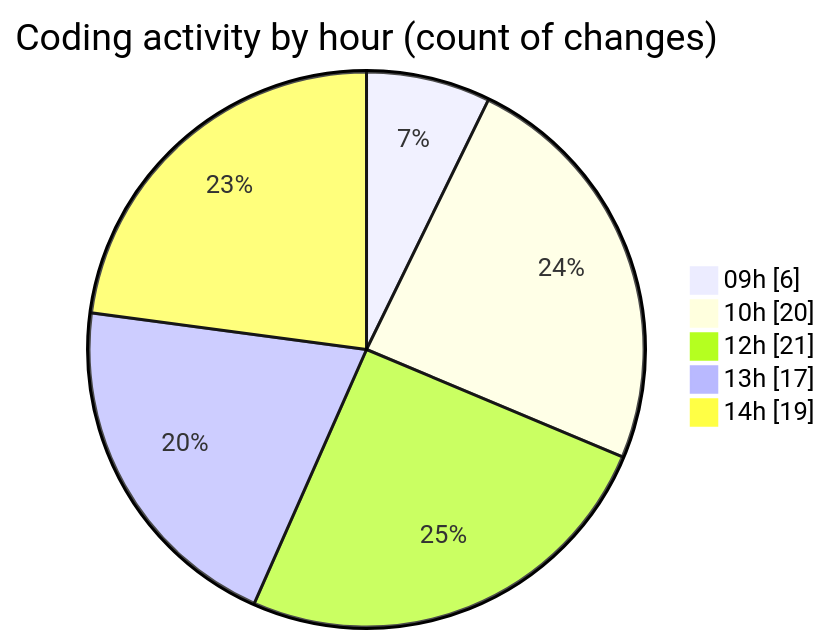
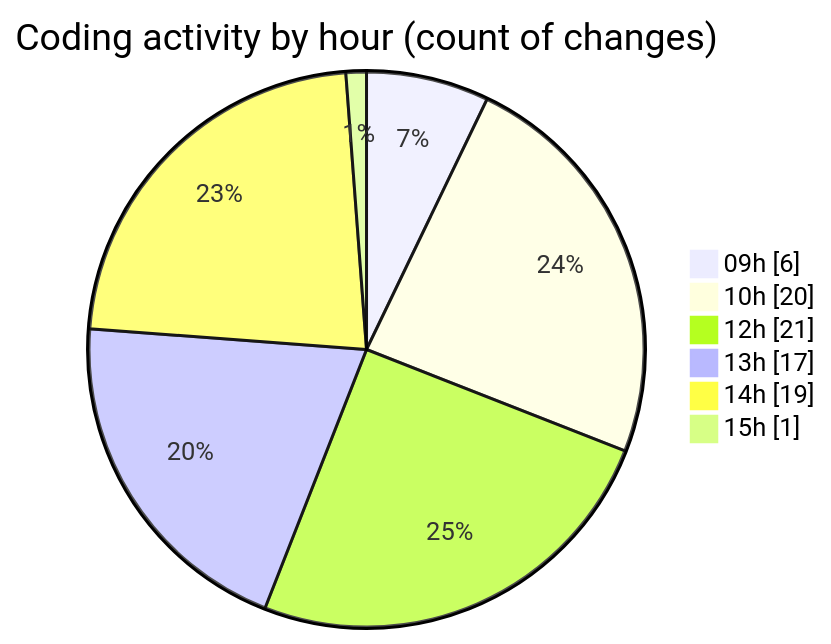
The second of 2 diagrams in 2026-02-18/bot_v1_2/README.md (becaeroporto-bot/code-tracking), drawn with Mermaid before and after one commit. The commit also changed other lines of this file and 1 other file, not shown here.

````diff
--- a/2026-02-18/bot_v1_2/README.md
+++ b/2026-02-18/bot_v1_2/README.md
@@ -55,9 +55,10 @@
 ```mermaid
 pie showData
 title Coding activity by hour (count of changes)
 "09h" : 6
 "10h" : 20
 "12h" : 21
 "13h" : 17
 "14h" : 19
+"15h" : 1
 ```
````
